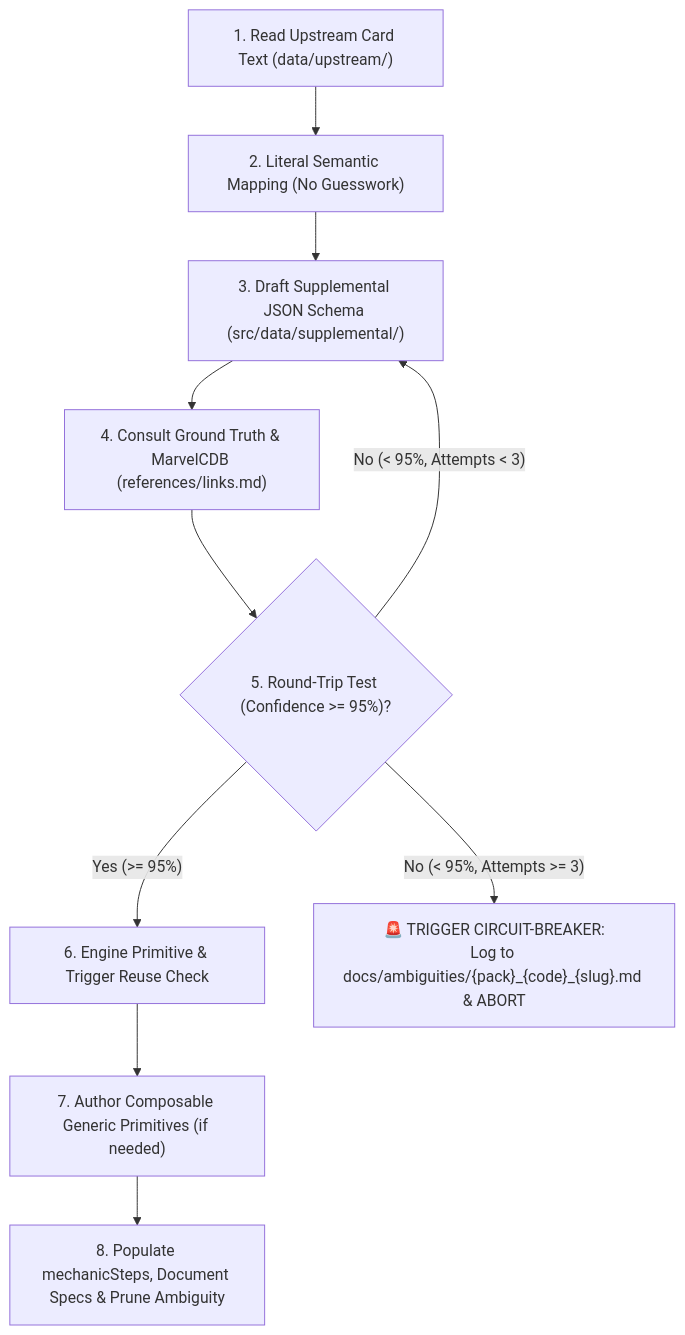
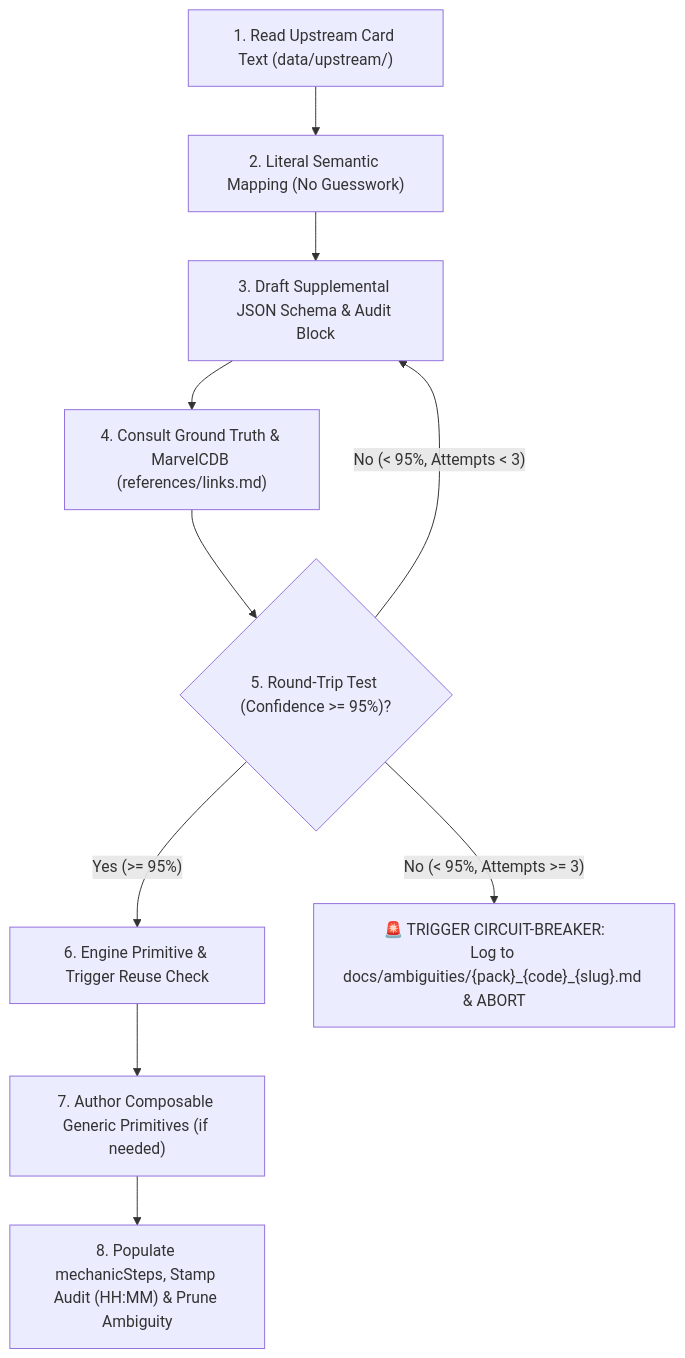
Before and after one commit to SteveRodrigue/MCD: the diagram in .agents/skills/card-integration-protocol/SKILL.md, drawn with Mermaid. The commit also changed other lines of this file and 5 other files, not shown here.

Commit message:
feat(supplemental): add encapsulated audit metadata schema with HH:mm timestamps to skill, ADR-0021, and models

````diff
--- a/.agents/skills/card-integration-protocol/SKILL.md
+++ b/.agents/skills/card-integration-protocol/SKILL.md
@@ -18,13 +19,13 @@
 ```mermaid
 flowchart TD
     S1["1. Read Upstream Card Text (data/upstream/)"] --> S2["2. Literal Semantic Mapping (No Guesswork)"]
-    S2 --> S3["3. Draft Supplemental JSON Schema (src/data/supplemental/)"]
+    S2 --> S3["3. Draft Supplemental JSON Schema & Audit Block"]
     S3 --> S4["4. Consult Ground Truth & MarvelCDB (references/links.md)"]
     S4 --> S5{"5. Round-Trip Test (Confidence >= 95%)?"}
     S5 -- "Yes (>= 95%)" --> S6["6. Engine Primitive & Trigger Reuse Check"]
     S5 -- "No (< 95%, Attempts < 3)" --> S3
     S5 -- "No (< 95%, Attempts >= 3)" --> CB["🚨 TRIGGER CIRCUIT-BREAKER:
 Log to docs/ambiguities/{pack}_{code}_{slug}.md & ABORT"]
     S6 --> S7["7. Author Composable Generic Primitives (if needed)"]
-    S7 --> S8["8. Populate mechanicSteps, Document Specs & Prune Ambiguity"]
+    S7 --> S8["8. Populate mechanicSteps, Stamp Audit (HH:MM) & Prune Ambiguity"]
 ```
````
